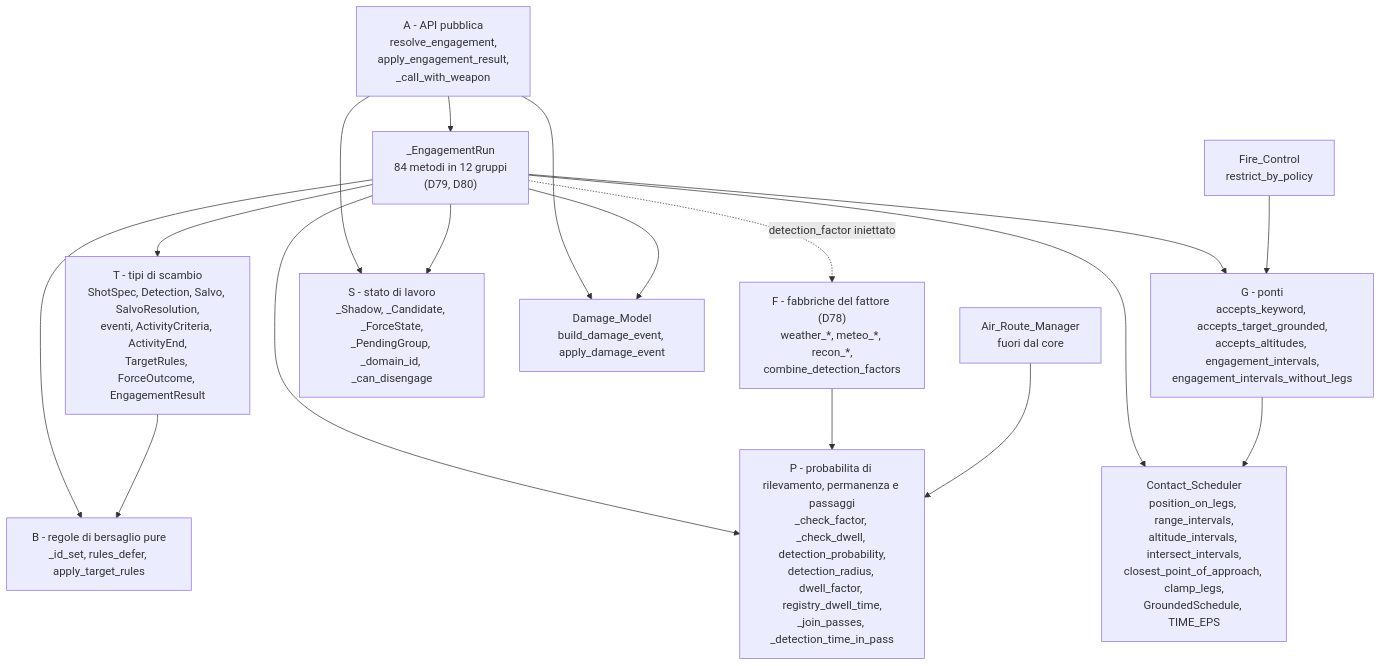
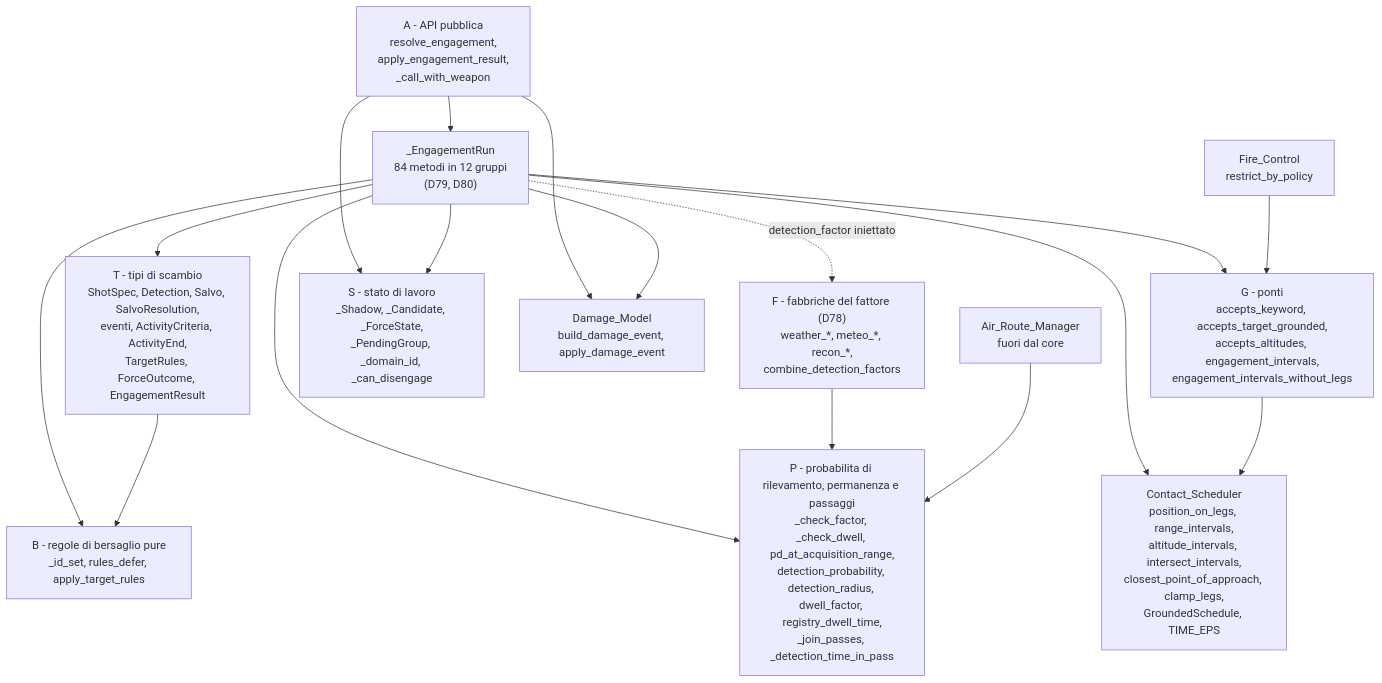
One commit to MakusIV/Warfare-Model changed diagram 11 of 22 in Analysis/Document/Manuale_Motore_DES/11a_Atlante_Risolutore.md. Above: the diagram before and after it, drawn with Mermaid. The commit also changed other lines of this file and 9 other files, not shown here.

````diff
--- a/Analysis/Document/Manuale_Motore_DES/11a_Atlante_Risolutore.md
+++ b/Analysis/Document/Manuale_Motore_DES/11a_Atlante_Risolutore.md
@@ -773,32 +775,32 @@
 ```mermaid
 flowchart TD
     A["A - API pubblica<br/>resolve_engagement,<br/>apply_engagement_result,<br/>_call_with_weapon"]
     RUN["_EngagementRun<br/>84 metodi in 12 gruppi<br/>(D79, D80)"]
     T["T - tipi di scambio<br/>ShotSpec, Detection, Salvo, SalvoResolution,<br/>eventi, ActivityCriteria, ActivityEnd,<br/>TargetRules, ForceOutcome, EngagementResult"]
     B["B - regole di bersaglio pure<br/>_id_set, rules_defer, apply_target_rules"]
-    P["P - probabilita di rilevamento, permanenza e passaggi<br/>_check_factor, _check_dwell, detection_probability,<br/>detection_radius, dwell_factor, registry_dwell_time,<br/>_join_passes, _detection_time_in_pass"]
+    P["P - probabilita di rilevamento, permanenza e passaggi<br/>_check_factor, _check_dwell, pd_at_acquisition_range,<br/>detection_probability, detection_radius, dwell_factor, registry_dwell_time,<br/>_join_passes, _detection_time_in_pass"]
     F["F - fabbriche del fattore (D78)<br/>weather_*, meteo_*, recon_*,<br/>combine_detection_factors"]
     G["G - ponti<br/>accepts_keyword, accepts_target_grounded,<br/>accepts_altitudes, engagement_intervals,<br/>engagement_intervals_without_legs"]
     S["S - stato di lavoro<br/>_Shadow, _Candidate, _ForceState,<br/>_PendingGroup, _domain_id, _can_disengage"]
     CS["Contact_Scheduler<br/>position_on_legs, range_intervals,<br/>altitude_intervals, intersect_intervals,<br/>closest_point_of_approach, clamp_legs,<br/>GroundedSchedule, TIME_EPS"]
     DM["Damage_Model<br/>build_damage_event, apply_damage_event"]
     FCM["Fire_Control<br/>restrict_by_policy"]
     ARP["Air_Route_Manager<br/>fuori dal core"]
 
     A --> RUN
     A --> S
     A --> DM
     RUN --> T
     RUN --> B
     RUN --> P
     RUN --> G
     RUN --> S
     RUN --> CS
     RUN --> DM
     RUN -.->|detection_factor iniettato| F
     T --> B
     F --> P
     G --> CS
     FCM --> G
     ARP --> P
 ```
````
